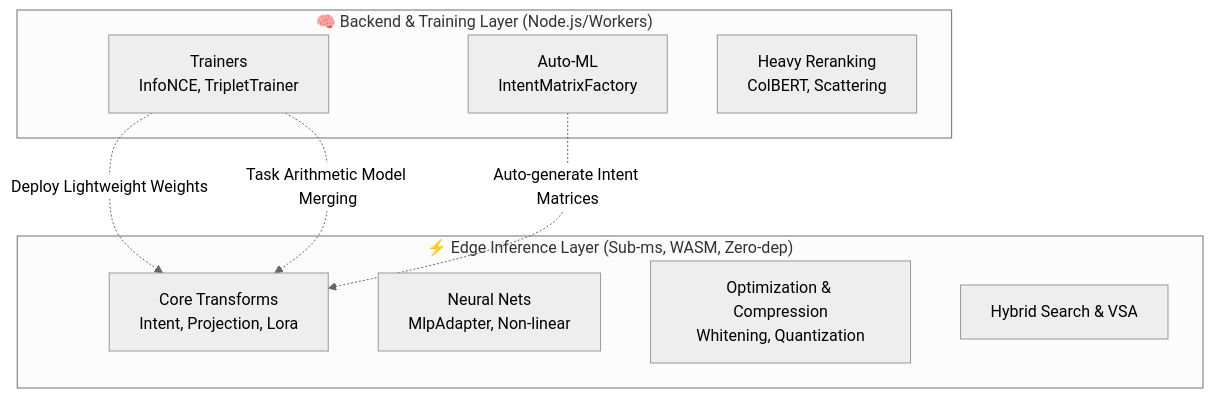
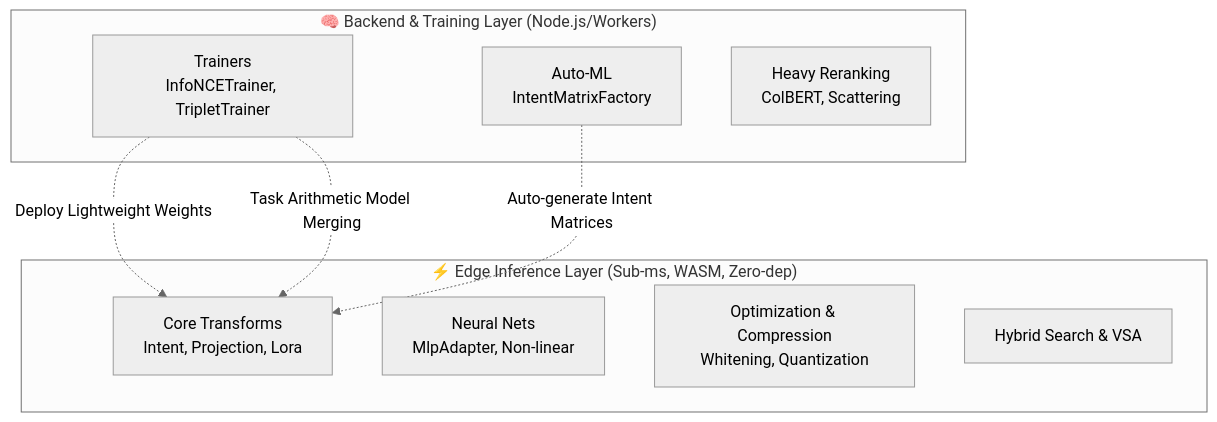
Before and after one commit to daiki-moritake/warpvector: the second of 2 diagrams in README.md, drawn with Mermaid (neutral theme). The commit also changed other lines of this file and 1 other file, not shown here.

````diff
--- a/README.md
+++ b/README.md
@@ -130,19 +130,19 @@
 ```mermaid
 graph TD
     subgraph "⚡ Edge Inference Layer (Sub-ms, WASM, Zero-dep)"
         E_Core[Core Transforms<br/>Intent, Projection, Lora]
         E_ML[Neural Nets<br/>MlpAdapter, Non-linear]
         E_Opt[Optimization & Compression<br/>Whitening, Quantization]
         E_Search[Hybrid Search & VSA]
     end
     
     subgraph "🧠 Backend & Training Layer (Node.js/Workers)"
-        B_Train[Trainers<br/>InfoNCE, TripletTrainer]
+        B_Train[Trainers<br/>InfoNCETrainer, TripletTrainer]
         B_Auto[Auto-ML<br/>IntentMatrixFactory]
         B_Rerank[Heavy Reranking<br/>ColBERT, Scattering]
     end
     
     B_Train -.->|Deploy Lightweight Weights| E_Core
     B_Auto -.->|Auto-generate Intent Matrices| E_Core
     B_Train -.->|Task Arithmetic Model Merging| E_Core
 ```
````
